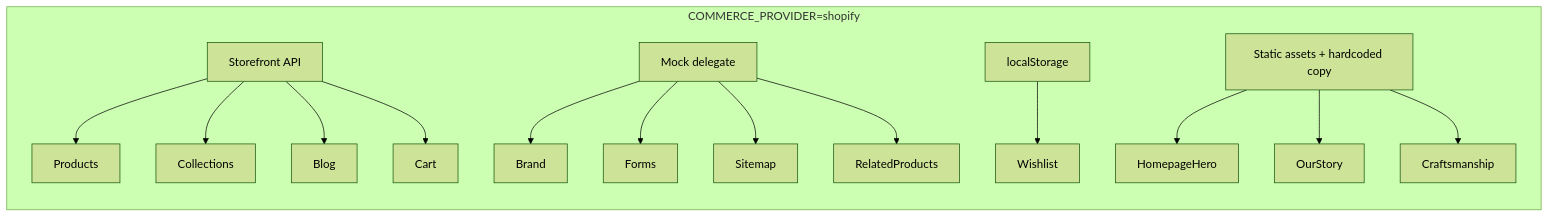
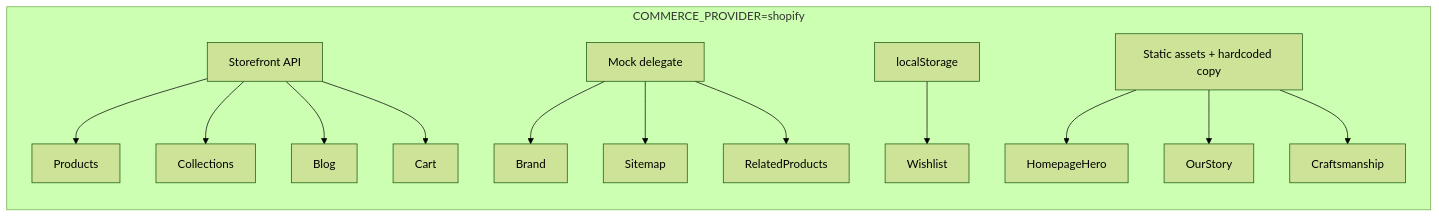
One commit to thekashmirweaver-design/storefront changed the first of 2 diagrams in docs/shopify-driven-roadmap.md. Above: the diagram before and after it, drawn with Mermaid (forest theme). The commit also changed other lines of this file and 6 other files, not shown here.

````diff
--- a/docs/shopify-driven-roadmap.md
+++ b/docs/shopify-driven-roadmap.md
@@ -68,21 +68,20 @@
 ```mermaid
 flowchart LR
   subgraph today [COMMERCE_PROVIDER=shopify]
     SF[Storefront API]
     Mock[Mock delegate]
     LS[localStorage]
     Static[Static assets + hardcoded copy]
     SF --> Products
     SF --> Collections
     SF --> Blog
     SF --> Cart
     Mock --> Brand
-    Mock --> Forms
     Mock --> Sitemap
     Mock --> RelatedProducts
     LS --> Wishlist
     Static --> HomepageHero
     Static --> OurStory
     Static --> Craftsmanship
   end
 ```
````
